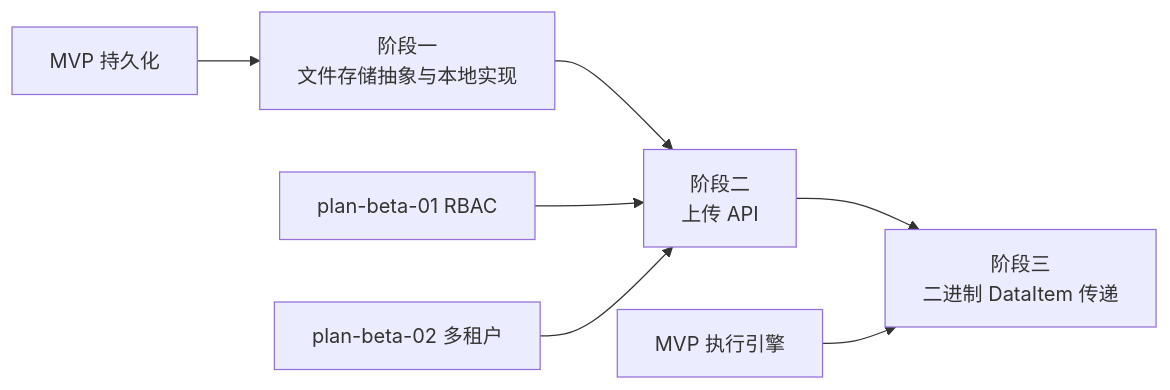
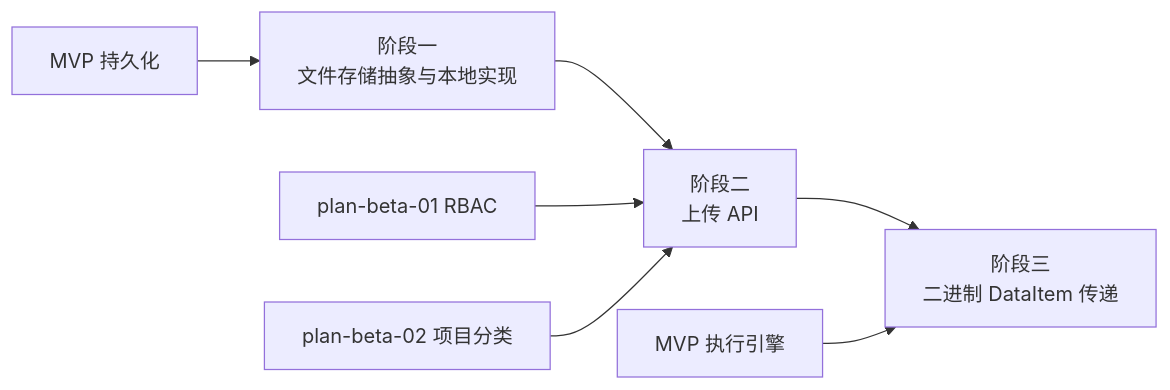
Before and after one commit to maddemon/workflow_engine: the diagram in docs/plans/beta/plan-beta-05-file-storage.md, drawn with Mermaid. The commit also changed other lines of this file and 162 other files, not shown here.

````diff
--- a/docs/plans/beta/plan-beta-05-file-storage.md
+++ b/docs/plans/beta/plan-beta-05-file-storage.md
@@ -88,9 +88,9 @@
 ```mermaid
 flowchart LR
     MVP[MVP 持久化] --> S1[阶段一<br/>文件存储抽象与本地实现]
     S1 --> S2[阶段二<br/>上传 API]
     RBAC[plan-beta-01 RBAC] --> S2
-    Multi[plan-beta-02 多租户] --> S2
+    Project[plan-beta-02 项目分类] --> S2
     S2 --> S3[阶段三<br/>二进制 DataItem 传递]
     Exec[MVP 执行引擎] --> S3
 ```
````
